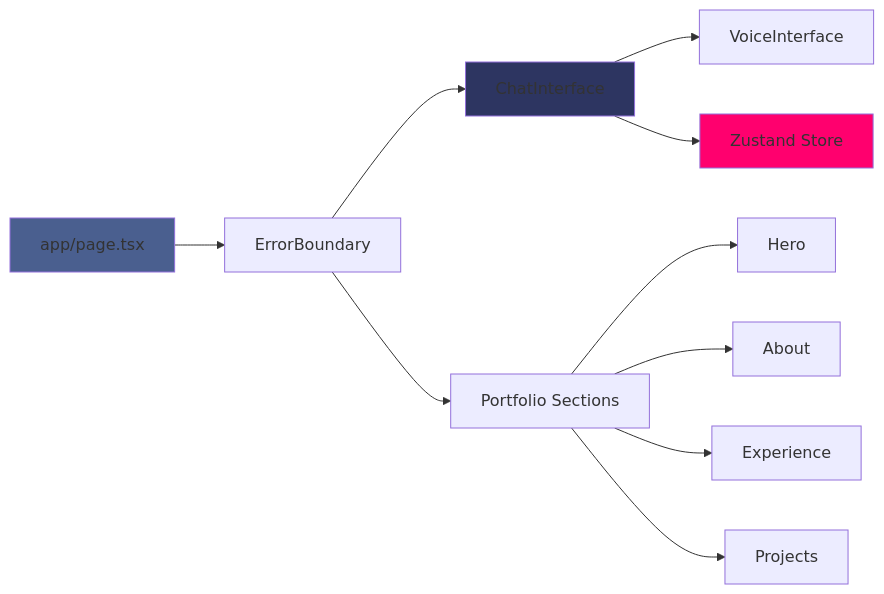
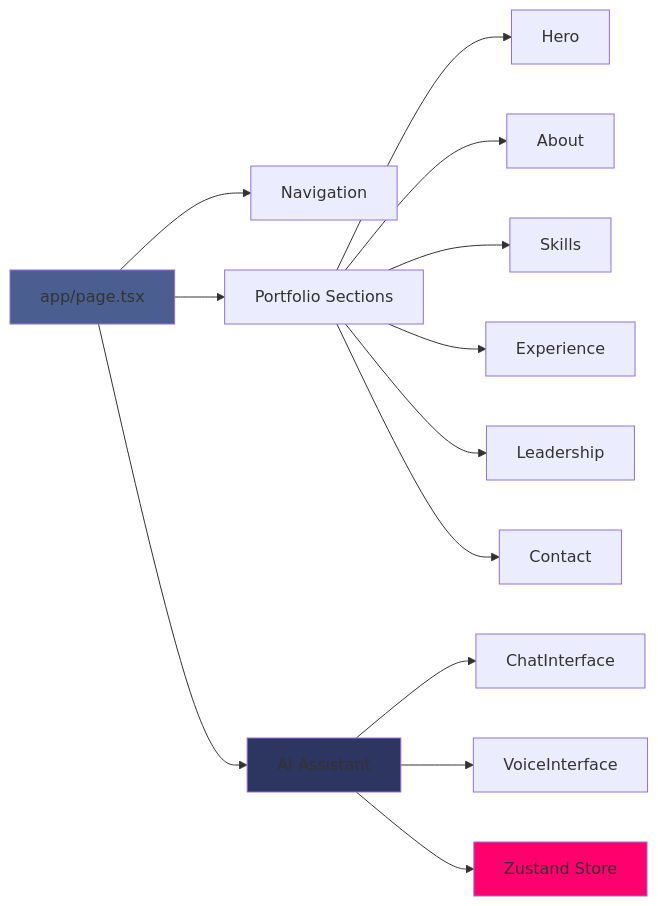
Before and after one commit to Zacsluss/portfolio_zarvis: the second of 3 diagrams in README.md, drawn with Mermaid. The commit also changed other lines of this file, not shown here.

````diff
--- a/README.md
+++ b/README.md
@@ -201,18 +287,21 @@
 ```mermaid
 graph LR
-    App["app/page.tsx"] --> EB[ErrorBoundary]
-    EB --> Chat[ChatInterface]
-    EB --> Sections[Portfolio Sections]
+    App["app/page.tsx"] --> Nav[Navigation]
+    App --> Sections[Portfolio Sections]
+    App --> AI[AI Assistant]
 
-    Chat --> Voice[VoiceInterface]
-    Chat --> State[Zustand Store]
+    AI --> Chat[ChatInterface]
+    AI --> Voice[VoiceInterface]
+    AI --> Store[Zustand Store]
 
     Sections --> Hero
     Sections --> About
+    Sections --> Skills
     Sections --> Experience
-    Sections --> Projects
+    Sections --> Leadership
+    Sections --> Contact
 
     style App fill:#4a5f8f
-    style Chat fill:#2d3561
-    style State fill:#ff006e
+    style AI fill:#2d3561
+    style Store fill:#ff006e
 ```
````
